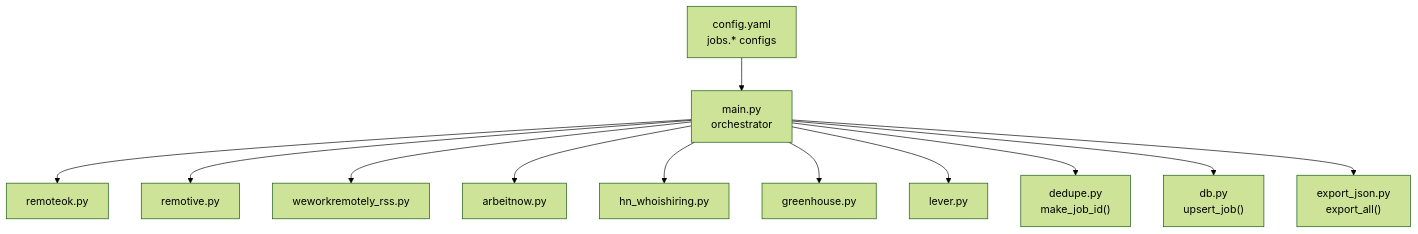
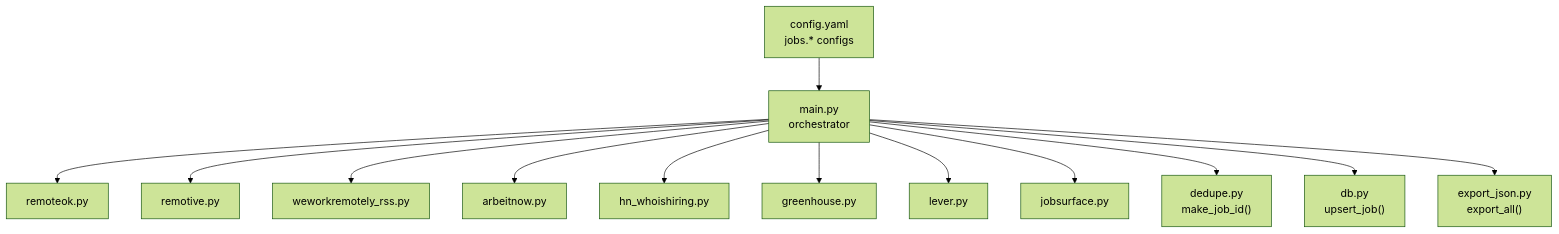
Before and after one commit to shakthi-vinayak/news: the first of 11 diagrams in .qoder/repowiki/en/content/Content Collection System/Job Sources.md, drawn with Mermaid (forest theme). The commit also changed other lines of this file and 55 other files, not shown here.

````diff
--- a/.qoder/repowiki/en/content/Content Collection System/Job Sources.md
+++ b/.qoder/repowiki/en/content/Content Collection System/Job Sources.md
@@ -36,14 +50,15 @@
 ```mermaid
 graph TB
 A["main.py<br/>orchestrator"] --> B["remoteok.py"]
 A --> C["remotive.py"]
 A --> D["weworkremotely_rss.py"]
 A --> E["arbeitnow.py"]
 A --> F["hn_whoishiring.py"]
 A --> G["greenhouse.py"]
 A --> H["lever.py"]
-A --> I["dedupe.py<br/>make_job_id()"]
-A --> J["db.py<br/>upsert_job()"]
-A --> K["export_json.py<br/>export_all()"]
-L["config.yaml<br/>jobs.* configs"] --> A
+A --> I["jobsurface.py"]
+A --> J["dedupe.py<br/>make_job_id()"]
+A --> K["db.py<br/>upsert_job()"]
+A --> L["export_json.py<br/>export_all()"]
+M["config.yaml<br/>jobs.* configs"] --> A
 ```
````
